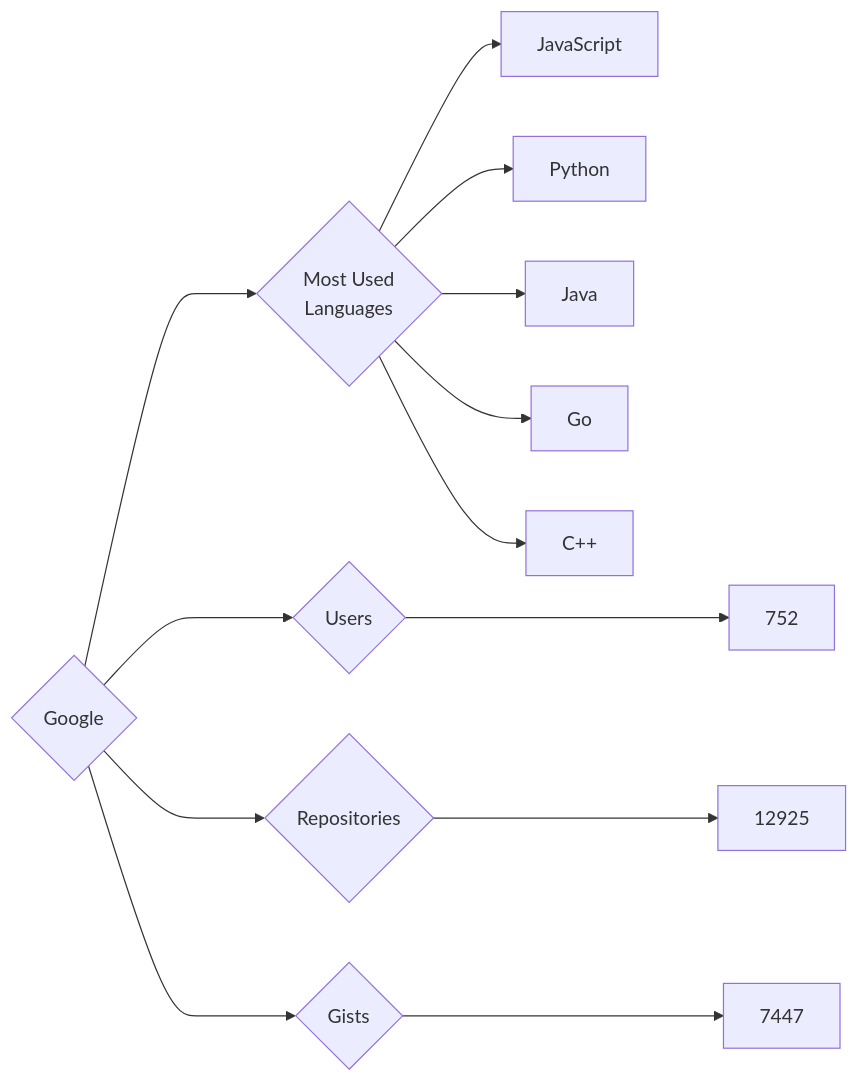
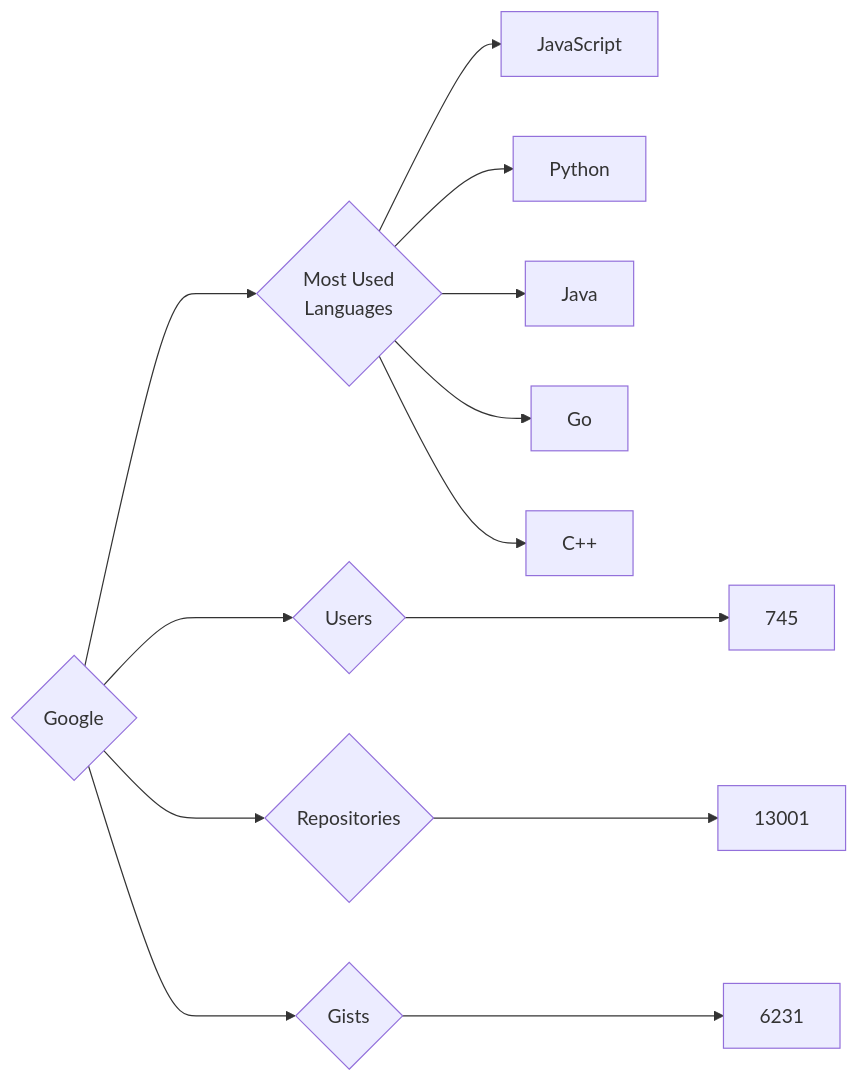
One commit to trickest/insiders changed the diagram in targets/Google/README.md. Above: the diagram before and after it, drawn with Mermaid. The commit also changed 1084 other files, not shown here.

````diff
--- a/targets/Google/README.md
+++ b/targets/Google/README.md
@@ -3,13 +3,13 @@
 ```mermaid
 graph LR
 COMPANY_NAME{Google}
-COMPANY_NAME ---> U{Users} ---> UN[752]
-COMPANY_NAME ---> R{Repositories} ---> RN[12925]
-COMPANY_NAME ---> G{Gists} ---> GN[7447]
+COMPANY_NAME ---> U{Users} ---> UN[745]
+COMPANY_NAME ---> R{Repositories} ---> RN[13001]
+COMPANY_NAME ---> G{Gists} ---> GN[6231]
 COMPANY_NAME ---> ML{Most Used<br>Languages}
 ML --> JavaScript[JavaScript]
 ML --> Python[Python]
 ML --> Java[Java]
 ML --> Go[Go]
 ML --> C++[C++]
 ```
````
